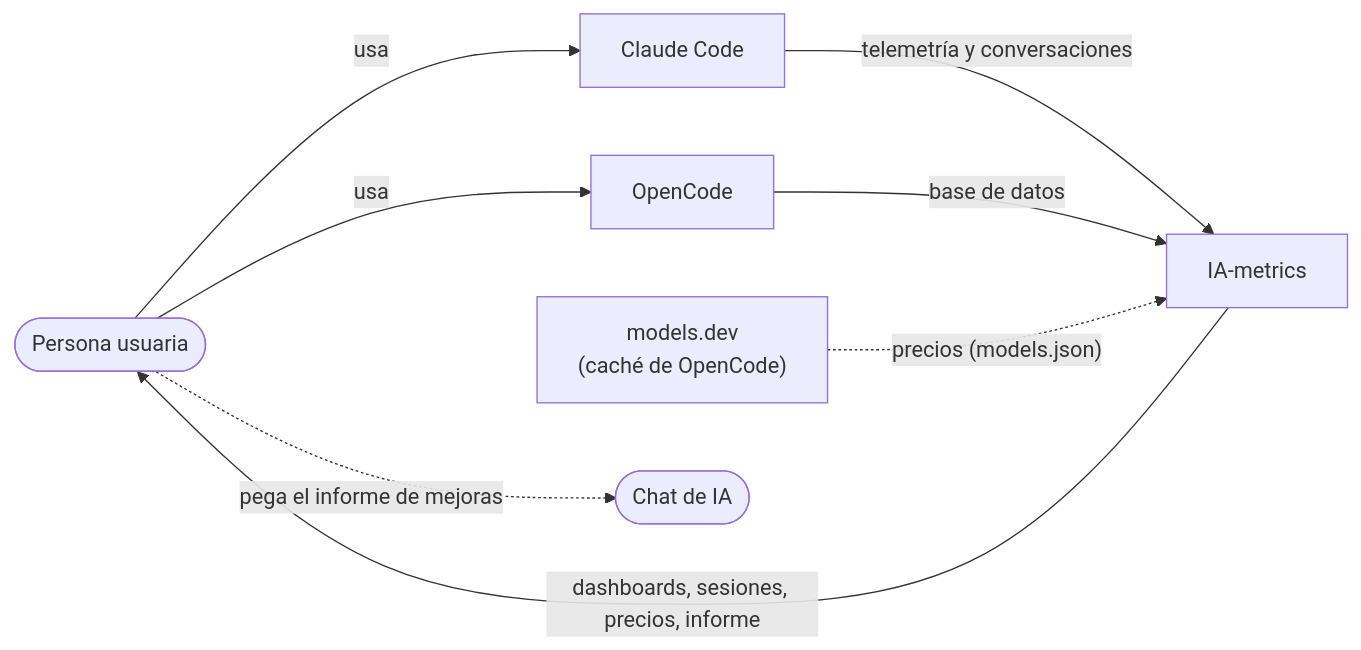
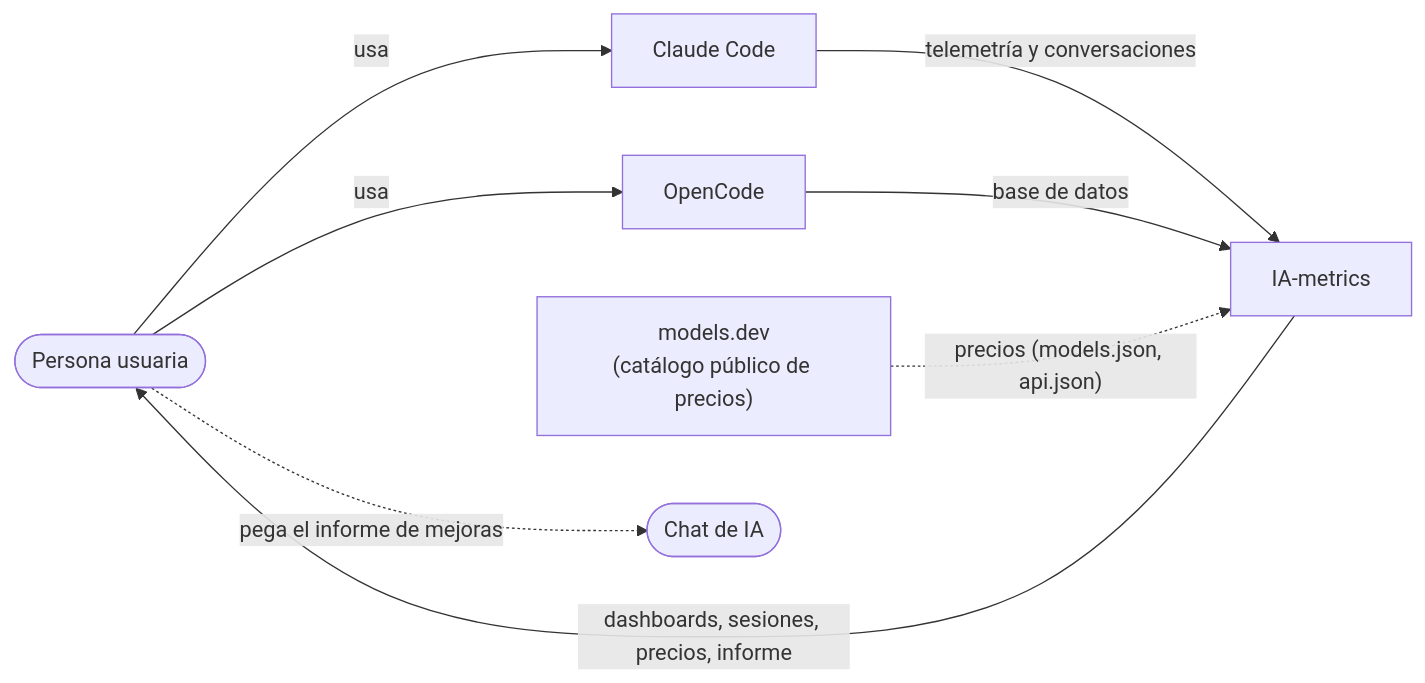
The diagram in docs/architecture/03-context-and-scope.md (oscarabal/IA-metrics), drawn with Mermaid before and after one commit. The commit also changed other lines of this file and 41 other files, not shown here.

````diff
--- a/docs/architecture/03-context-and-scope.md
+++ b/docs/architecture/03-context-and-scope.md
@@ -11,16 +11,16 @@
 ```mermaid
 flowchart LR
     U(["Persona usuaria"])
     CC["Claude Code"]
     OC["OpenCode"]
     IAM["IA-metrics"]
-    MD["models.dev<br/>(caché de OpenCode)"]
+    MD["models.dev<br/>(catálogo público de precios)"]
     AI(["Chat de IA"])
     U -- "usa" --> CC
     U -- "usa" --> OC
     CC -- "telemetría y conversaciones" --> IAM
     OC -- "base de datos" --> IAM
-    MD -. "precios (models.json)" .-> IAM
+    MD -. "precios (models.json, api.json)" .-> IAM
     IAM -- "dashboards, sesiones, precios, informe" --> U
     U -. "pega el informe de mejoras" .-> AI
 ```
````
